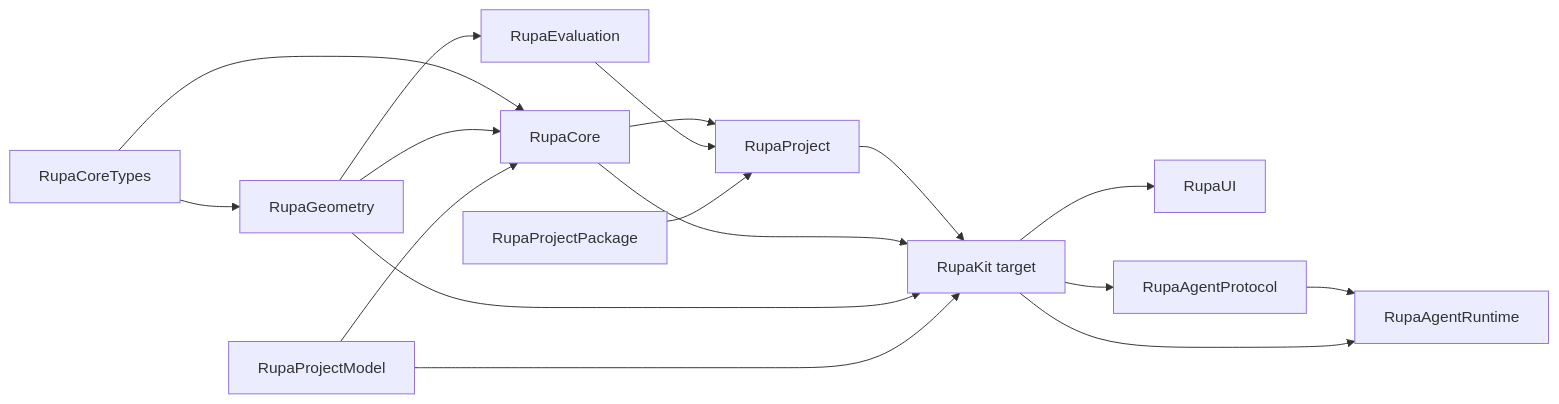
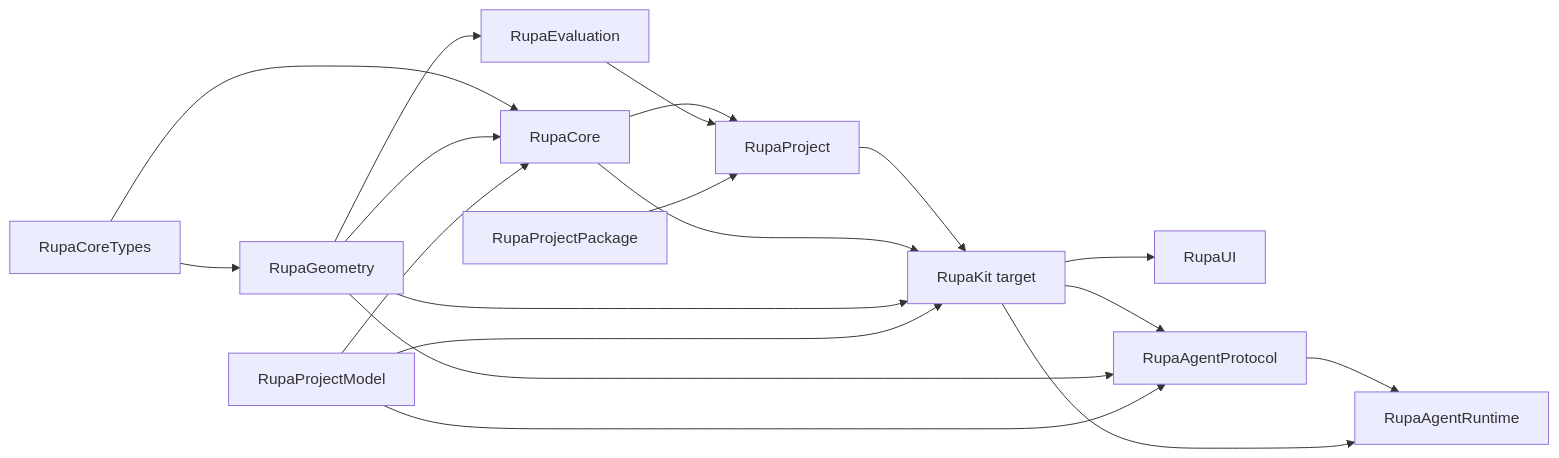
One commit to 1amageek/Rupa changed the first of 2 diagrams in RupaKit/DESIGN.md. Above: the diagram before and after it, drawn with Mermaid. The commit also changed 4 other files, not shown here.

Commit message:
Verify Agent project geometry integration

````diff
--- a/RupaKit/DESIGN.md
+++ b/RupaKit/DESIGN.md
@@ -43,19 +43,21 @@
 ```mermaid
 flowchart LR
     CoreTypes[RupaCoreTypes] --> Geometry[RupaGeometry]
     CoreTypes --> Core[RupaCore]
     Geometry --> Core
     ProjectModel[RupaProjectModel] --> Core
     Core --> Project[RupaProject]
     Evaluation[RupaEvaluation] --> Project
     Package[RupaProjectPackage] --> Project
     Geometry --> Evaluation
     Project --> Kit[RupaKit target]
     Core --> Kit
     Geometry --> Kit
     ProjectModel --> Kit
     Kit --> UI["RupaUI"]
     Kit --> AgentProtocol[RupaAgentProtocol]
+    Geometry --> AgentProtocol
+    ProjectModel --> AgentProtocol
     AgentProtocol --> AgentRuntime[RupaAgentRuntime]
     Kit --> AgentRuntime
 ```
````
